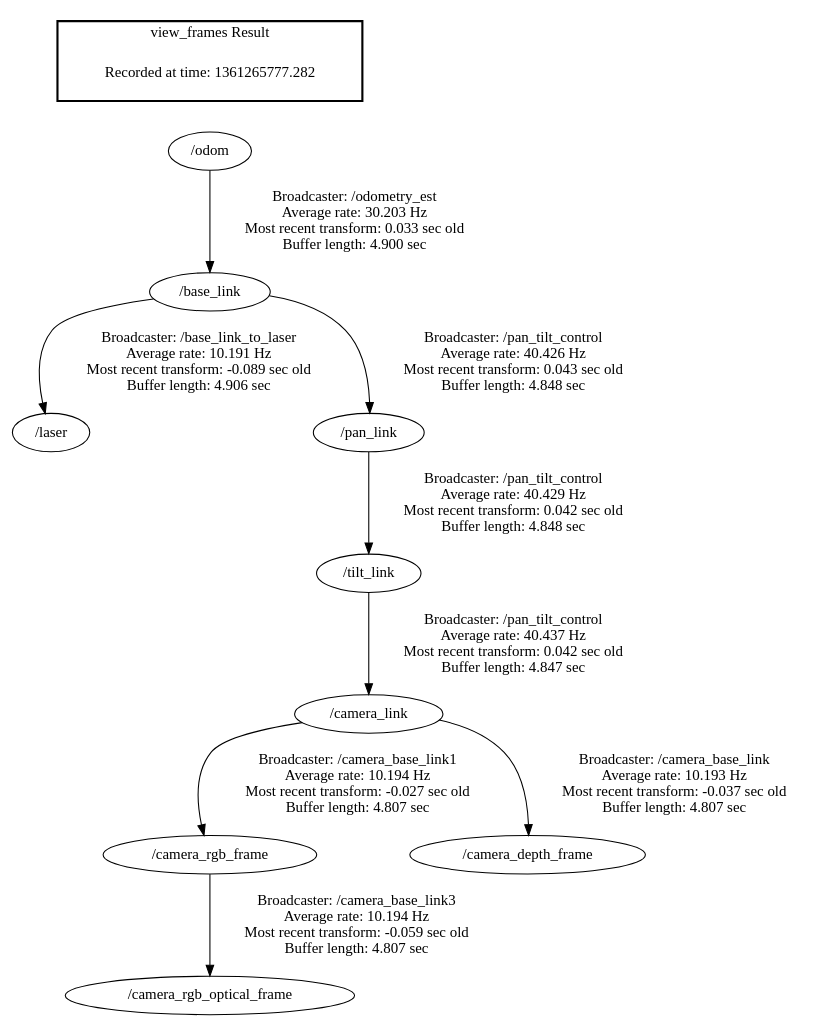
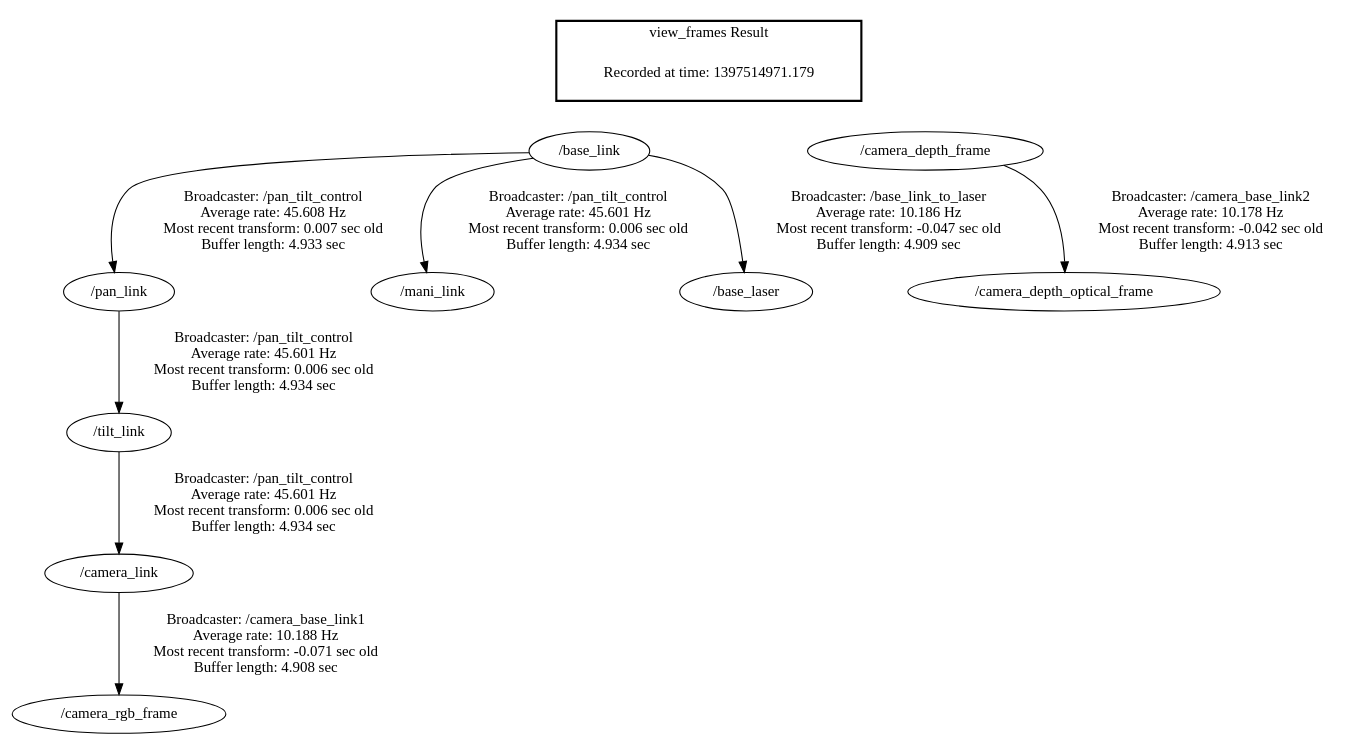
The diagram in frames.gv (skuba-athome/hardware_bridge), drawn with Graphviz before and after one commit. The commit also changed 5 other files, not shown here.

```diff
--- a/frames.gv
+++ b/frames.gv
@@ -1,14 +1,17 @@
 digraph G {
-"/odom" -> "/base_link"[label="Broadcaster: /odometry_est\nAverage rate: 30.203 Hz\nMost recent transform: 0.033 sec old \nBuffer length: 4.900 sec\n"];
-"/base_link" -> "/laser"[label="Broadcaster: /base_link_to_laser\nAverage rate: 10.191 Hz\nMost recent transform: -0.089 sec old \nBuffer length: 4.906 sec\n"];
-"/base_link" -> "/pan_link"[label="Broadcaster: /pan_tilt_control\nAverage rate: 40.426 Hz\nMost recent transform: 0.043 sec old \nBuffer length: 4.848 sec\n"];
-"/pan_link" -> "/tilt_link"[label="Broadcaster: /pan_tilt_control\nAverage rate: 40.429 Hz\nMost recent transform: 0.042 sec old \nBuffer length: 4.848 sec\n"];
-"/tilt_link" -> "/camera_link"[label="Broadcaster: /pan_tilt_control\nAverage rate: 40.437 Hz\nMost recent transform: 0.042 sec old \nBuffer length: 4.847 sec\n"];
-"/camera_link" -> "/camera_rgb_frame"[label="Broadcaster: /camera_base_link1\nAverage rate: 10.194 Hz\nMost recent transform: -0.027 sec old \nBuffer length: 4.807 sec\n"];
-"/camera_link" -> "/camera_depth_frame"[label="Broadcaster: /camera_base_link\nAverage rate: 10.193 Hz\nMost recent transform: -0.037 sec old \nBuffer length: 4.807 sec\n"];
-"/camera_rgb_frame" -> "/camera_rgb_optical_frame"[label="Broadcaster: /camera_base_link3\nAverage rate: 10.194 Hz\nMost recent transform: -0.059 sec old \nBuffer length: 4.807 sec\n"];
+"/base_link" -> "/pan_link"[label="Broadcaster: /pan_tilt_control\nAverage rate: 45.608 Hz\nMost recent transform: 0.007 sec old \nBuffer length: 4.933 sec\n"];
+"/pan_link" -> "/tilt_link"[label="Broadcaster: /pan_tilt_control\nAverage rate: 45.601 Hz\nMost recent transform: 0.006 sec old \nBuffer length: 4.934 sec\n"];
+"/tilt_link" -> "/camera_link"[label="Broadcaster: /pan_tilt_control\nAverage rate: 45.601 Hz\nMost recent transform: 0.006 sec old \nBuffer length: 4.934 sec\n"];
+"/base_link" -> "/mani_link"[label="Broadcaster: /pan_tilt_control\nAverage rate: 45.601 Hz\nMost recent transform: 0.006 sec old \nBuffer length: 4.934 sec\n"];
+"/camera_depth_frame" -> "/camera_depth_optical_frame"[label="Broadcaster: /camera_base_link2\nAverage rate: 10.178 Hz\nMost recent transform: -0.042 sec old \nBuffer length: 4.913 sec\n"];
+"/base_link" -> "/base_laser"[label="Broadcaster: /base_link_to_laser\nAverage rate: 10.186 Hz\nMost recent transform: -0.047 sec old \nBuffer length: 4.909 sec\n"];
+"/camera_link" -> "/camera_rgb_frame"[label="Broadcaster: /camera_base_link1\nAverage rate: 10.188 Hz\nMost recent transform: -0.071 sec old \nBuffer length: 4.908 sec\n"];
 edge [style=invis];
  subgraph cluster_legend { style=bold; color=black; label ="view_frames Result";
-"Recorded at time: 1361265777.282"[ shape=plaintext ] ;
- }->"/odom";
+"Recorded at time: 1397514971.179"[ shape=plaintext ] ;
+ }->"/base_link";
+edge [style=invis];
+ subgraph cluster_legend { style=bold; color=black; label ="view_frames Result";
+"Recorded at time: 1397514971.179"[ shape=plaintext ] ;
+ }->"/camera_depth_frame";
 }
```
